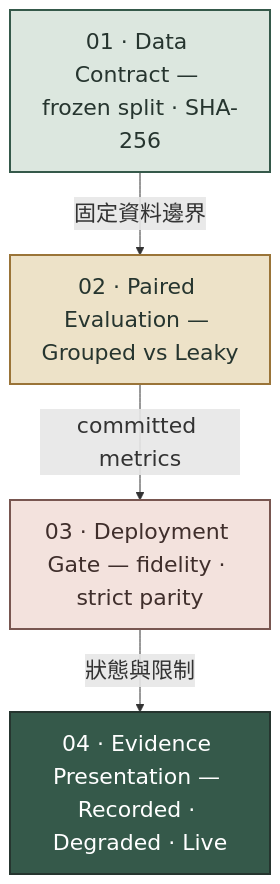
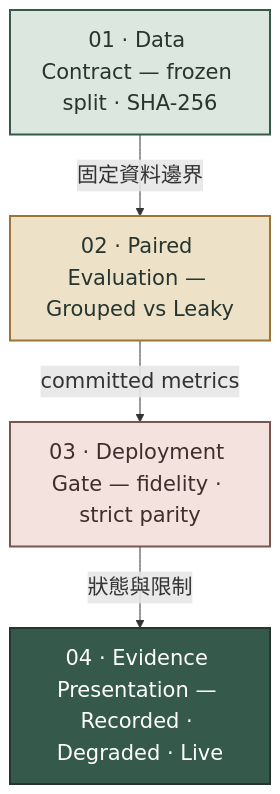
The second of 5 diagrams in README.md (kuotunyu/pcb-defect-detection), drawn with Mermaid before and after one commit. The commit also changed other lines of this file and 2 other files, not shown here.

````diff
--- a/README.md
+++ b/README.md
@@ -90,25 +102,25 @@
 ```mermaid
-%%{init: {'themeVariables': {'fontSize': '22px'}}}%%
+%%{init: {'themeVariables': {'fontSize': '21px'}}}%%
 flowchart TB
     accTitle: PCB 瑕疵偵測的 evidence-first 四層架構
     accDescr: Frozen data contract 依序驅動 paired evaluation、deployment gate 與 evidence presentation；失敗的 gate 只進入 Recorded evidence 或 Degraded mode。
 
     Data["01 · Data Contract — frozen split · SHA-256"]
     Evaluation["02 · Paired Evaluation — Grouped vs Leaky"]
     Gate["03 · Deployment Gate — fidelity · strict parity"]
     Presentation["04 · Evidence Presentation — Recorded · Degraded · Live"]
 
     Data -->|固定資料邊界| Evaluation
     Evaluation -->|committed metrics| Gate
     Gate -->|狀態與限制| Presentation
 
     classDef contract fill:#DCE7DF,stroke:#35594A,stroke-width:2px,color:#26352F
     classDef process fill:#EDE2C8,stroke:#9A7438,stroke-width:2px,color:#26352F
     classDef gate fill:#F3E2DD,stroke:#785650,stroke-width:2px,color:#3F2E2B
     classDef verified fill:#35594A,stroke:#26352F,stroke-width:2px,color:#FFFFFF
 
     class Data contract
     class Evaluation process
     class Gate gate
     class Presentation verified
 ```
````
